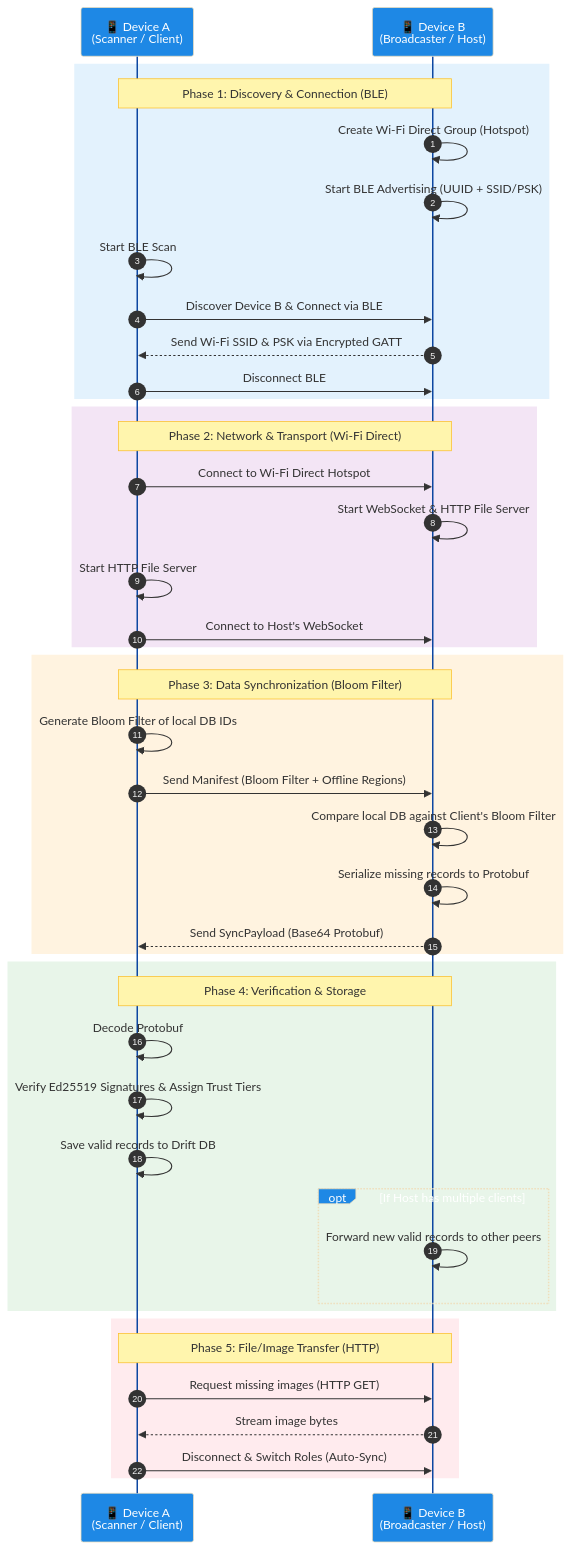
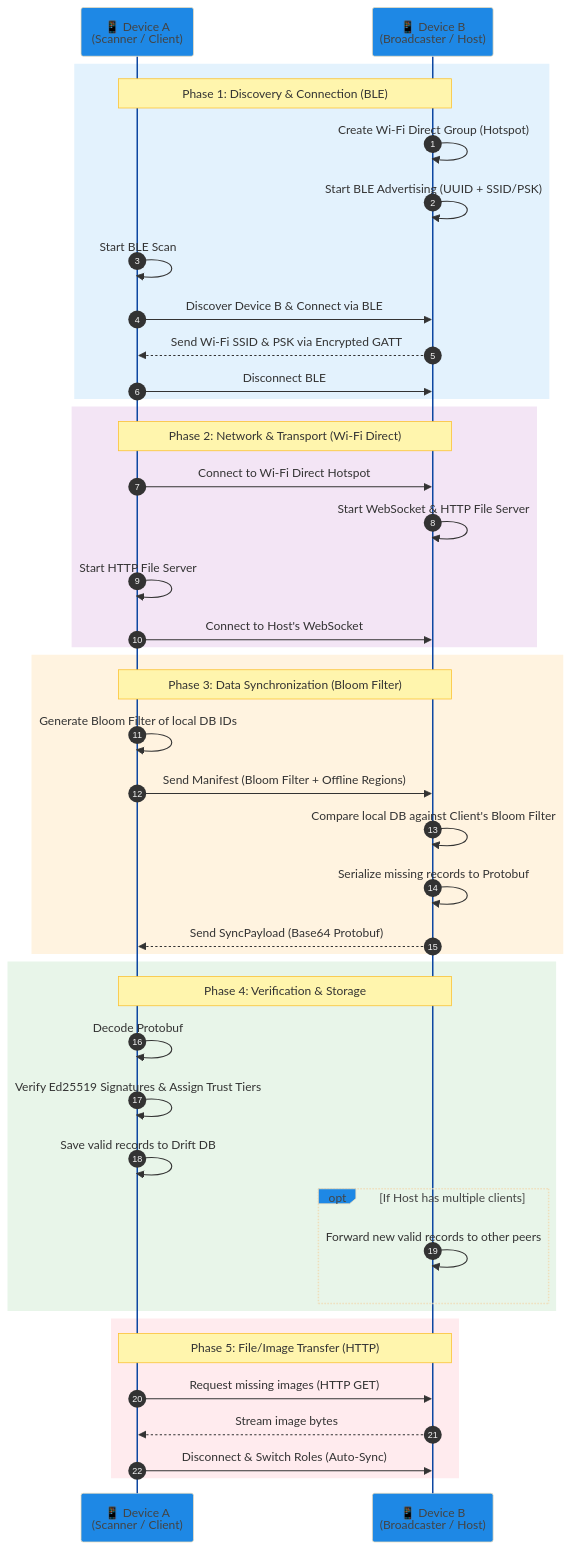
One commit to Romelium/floodio changed the second of 6 diagrams in README.md. Above: the diagram before and after it, drawn with Mermaid.

Commit message:
docs(readme): improve mermaid diagram text contrast
Updates the actor text color in the P2P synchronization workflow diagram to ensure better readability against the background.

````diff
--- a/README.md
+++ b/README.md
@@ -185,52 +185,52 @@
 ```mermaid
-%%{init: {'theme': 'base', 'themeVariables': { 'actorBkg': '#1E88E5', 'actorTextColor': '#FFFFFF', 'actorLineColor': '#0D47A1', 'signalColor': '#333333', 'noteBkg': '#FFF9C4', 'noteBorderColor': '#FBC02D' }}}%%
+%%{init: {'theme': 'base', 'themeVariables': { 'actorBkg': '#1E88E5', 'actorTextColor': '#444444', 'actorLineColor': '#0D47A1', 'signalColor': '#333333', 'noteBkg': '#FFF9C4', 'noteBorderColor': '#FBC02D' }}}%%
 sequenceDiagram
     autonumber
     participant C as 📱 Device A<br/>(Scanner / Client)
     participant H as 📱 Device B<br/>(Broadcaster / Host)
     
     rect rgb(227, 242, 253)
         Note over C,H: Phase 1: Discovery & Connection (BLE)
         H->>H: Create Wi-Fi Direct Group (Hotspot)
         H->>H: Start BLE Advertising (UUID + SSID/PSK)
         C->>C: Start BLE Scan
         C->>H: Discover Device B & Connect via BLE
         H-->>C: Send Wi-Fi SSID & PSK via Encrypted GATT
         C->>H: Disconnect BLE
     end
     
     rect rgb(243, 229, 245)
         Note over C,H: Phase 2: Network & Transport (Wi-Fi Direct)
         C->>H: Connect to Wi-Fi Direct Hotspot
         H->>H: Start WebSocket & HTTP File Server
         C->>C: Start HTTP File Server
         C->>H: Connect to Host's WebSocket
     end
     
     rect rgb(255, 243, 224)
         Note over C,H: Phase 3: Data Synchronization (Bloom Filter)
         C->>C: Generate Bloom Filter of local DB IDs
         C->>H: Send Manifest (Bloom Filter + Offline Regions)
         H->>H: Compare local DB against Client's Bloom Filter
         H->>H: Serialize missing records to Protobuf
         H-->>C: Send SyncPayload (Base64 Protobuf)
     end
     
     rect rgb(232, 245, 233)
         Note over C,H: Phase 4: Verification & Storage
         C->>C: Decode Protobuf
         C->>C: Verify Ed25519 Signatures & Assign Trust Tiers
         C->>C: Save valid records to Drift DB
         
         opt If Host has multiple clients
             H->>H: Forward new valid records to other peers
         end
     end
     
     rect rgb(255, 235, 238)
         Note over C,H: Phase 5: File/Image Transfer (HTTP)
         C->>H: Request missing images (HTTP GET)
         H-->>C: Stream image bytes
         C->>H: Disconnect & Switch Roles (Auto-Sync)
     end
 ```
````
